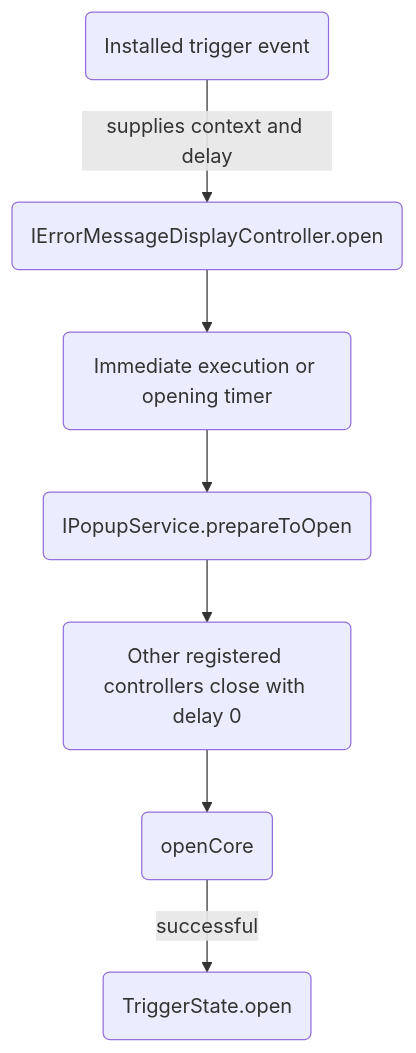
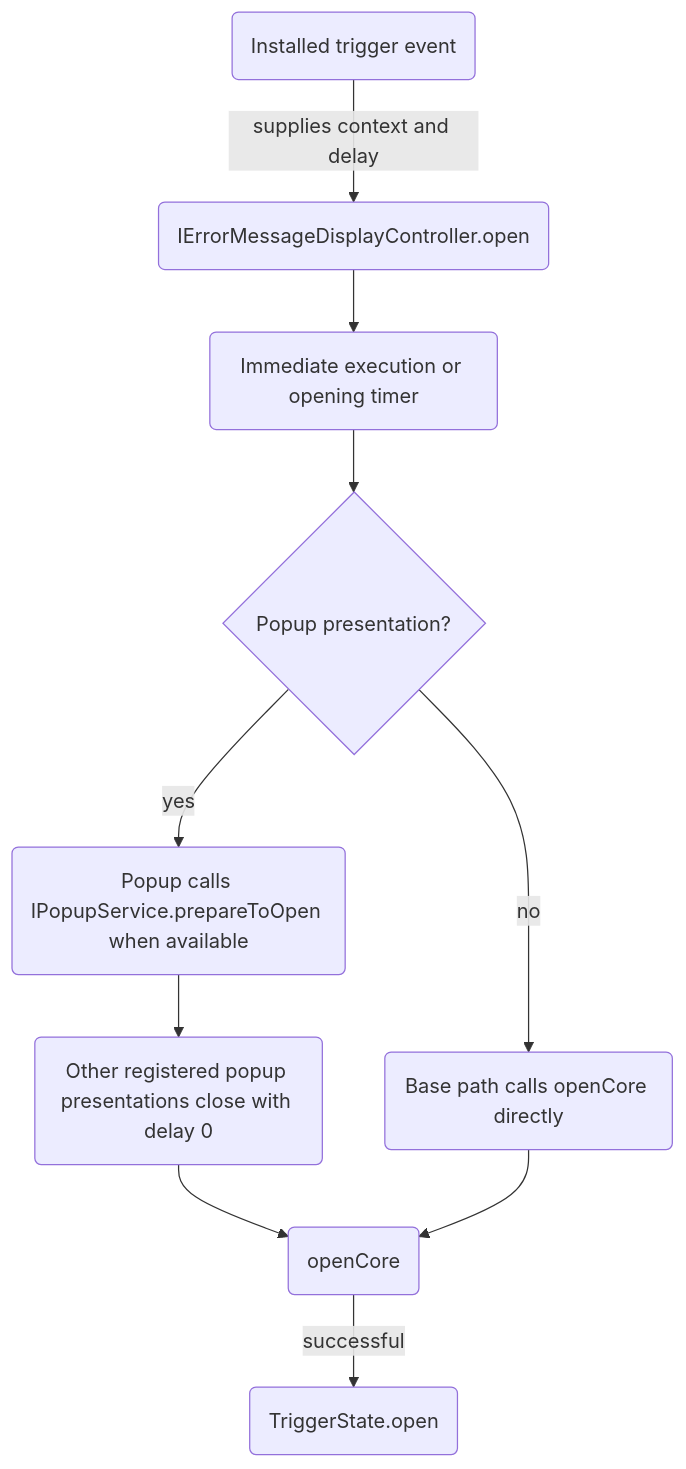
The tenth of 14 diagrams in planning/Jivs-DOM_Implementation_Design.md (plblum/jivs), drawn with Mermaid before and after one commit. The commit also changed other lines of this file and 16 other files, not shown here.

````diff
--- a/planning/Jivs-DOM_Implementation_Design.md
+++ b/planning/Jivs-DOM_Implementation_Design.md
@@ -2483,17 +2502,22 @@
 ```mermaid
 flowchart TB
     EVENT("Installed trigger event")
     REQUEST("IErrorMessageDisplayController.open")
     DELAY("Immediate execution or opening timer")
-    SERVICE("IPopupService.prepareToOpen")
-    OTHERS("Other registered controllers close with delay 0")
+    POPUP{"Popup presentation?"}
+    SERVICE("Popup calls IPopupService.prepareToOpen when available")
+    OTHERS("Other registered popup presentations close with delay 0")
+    DIRECT("Base path calls openCore directly")
     CORE("openCore")
     OPEN("TriggerState.open")
 
     EVENT -->|"supplies context and delay"| REQUEST
     REQUEST --> DELAY
-    DELAY --> SERVICE
+    DELAY --> POPUP
+    POPUP -->|"yes"| SERVICE
+    POPUP -->|"no"| DIRECT
     SERVICE --> OTHERS
     OTHERS --> CORE
+    DIRECT --> CORE
     CORE -->|"successful"| OPEN
 ```
````
